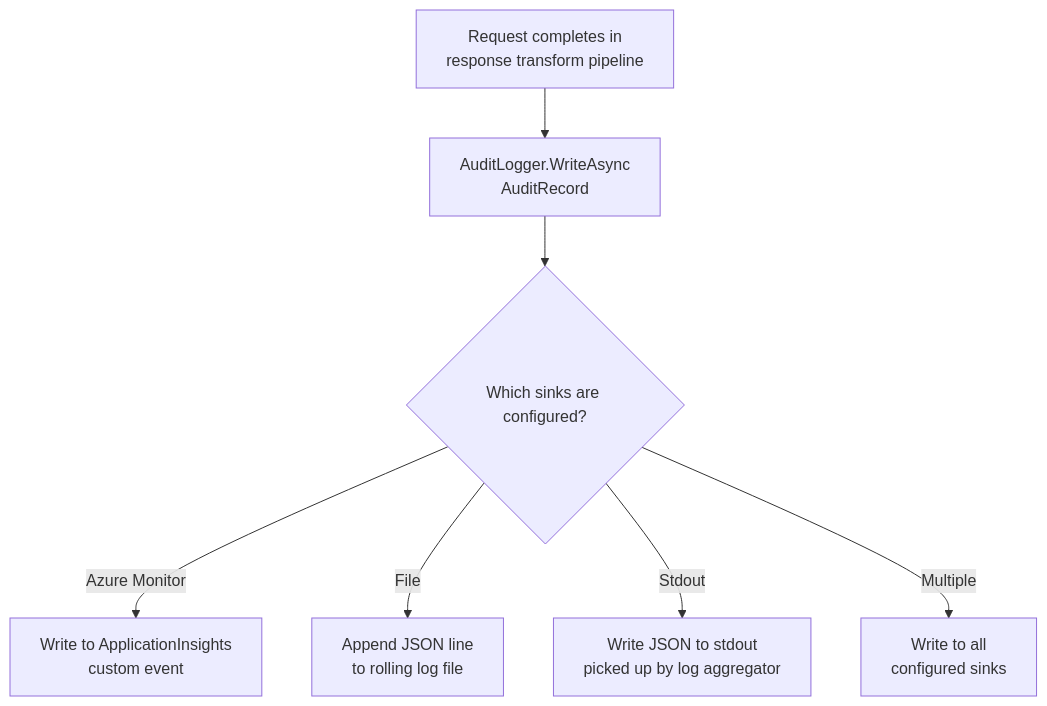
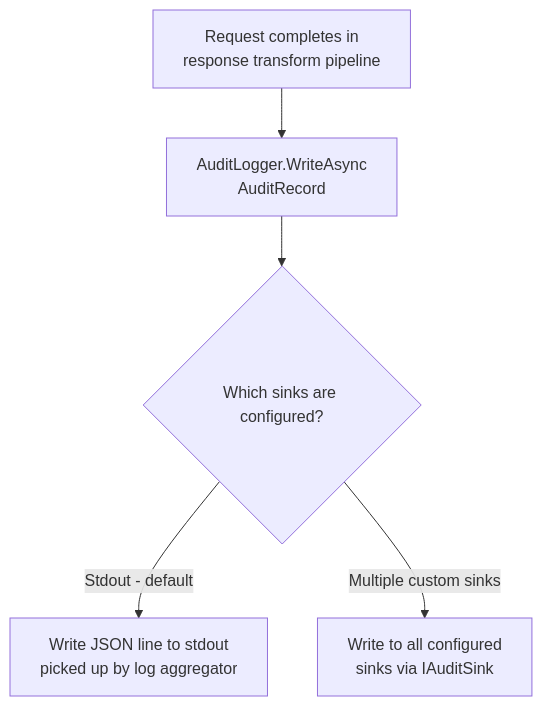
One commit to robcross1977/Ithil changed the diagram in Design/InProgress/11-AuditLog.md. Above: the diagram before and after it, drawn with Mermaid. The commit also changed other lines of this file and 12 other files, not shown here.

````diff
--- a/Design/InProgress/11-AuditLog.md
+++ b/Design/InProgress/11-AuditLog.md
@@ -37,9 +37,7 @@
 ```mermaid
 flowchart TD
     A[Request completes in\nresponse transform pipeline] --> B[AuditLogger.WriteAsync\nAuditRecord]
     B --> C{Which sinks are configured?}
-    C -->|Azure Monitor| D[Write to ApplicationInsights\ncustom event]
-    C -->|File| E[Append JSON line\nto rolling log file]
-    C -->|Stdout| F[Write JSON to stdout\npicked up by log aggregator]
-    C -->|Multiple| G[Write to all\nconfigured sinks]
+    C -->|Stdout - default| D[Write JSON line to stdout\npicked up by log aggregator]
+    C -->|Multiple custom sinks| E[Write to all configured\nsinks via IAuditSink]
 ```
````
